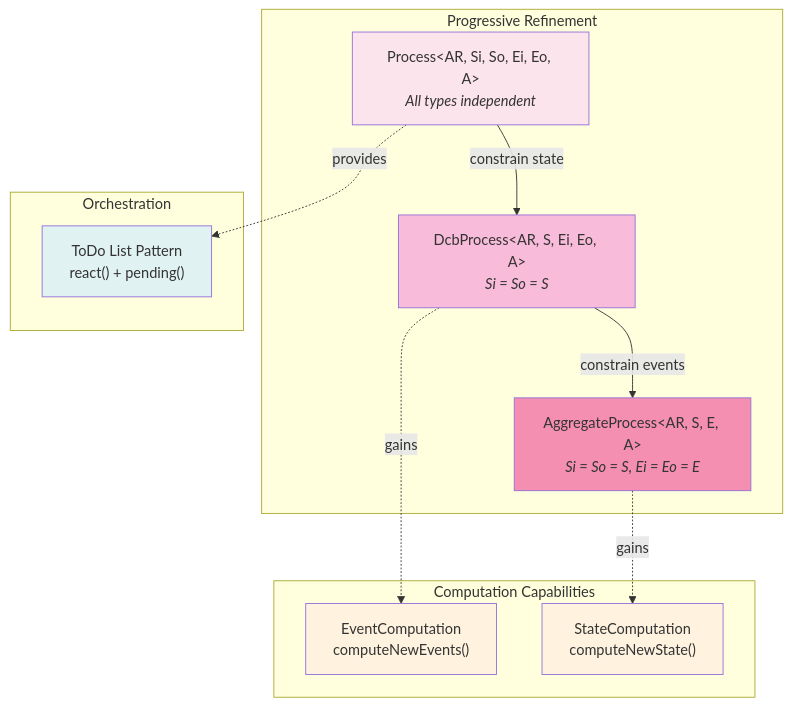
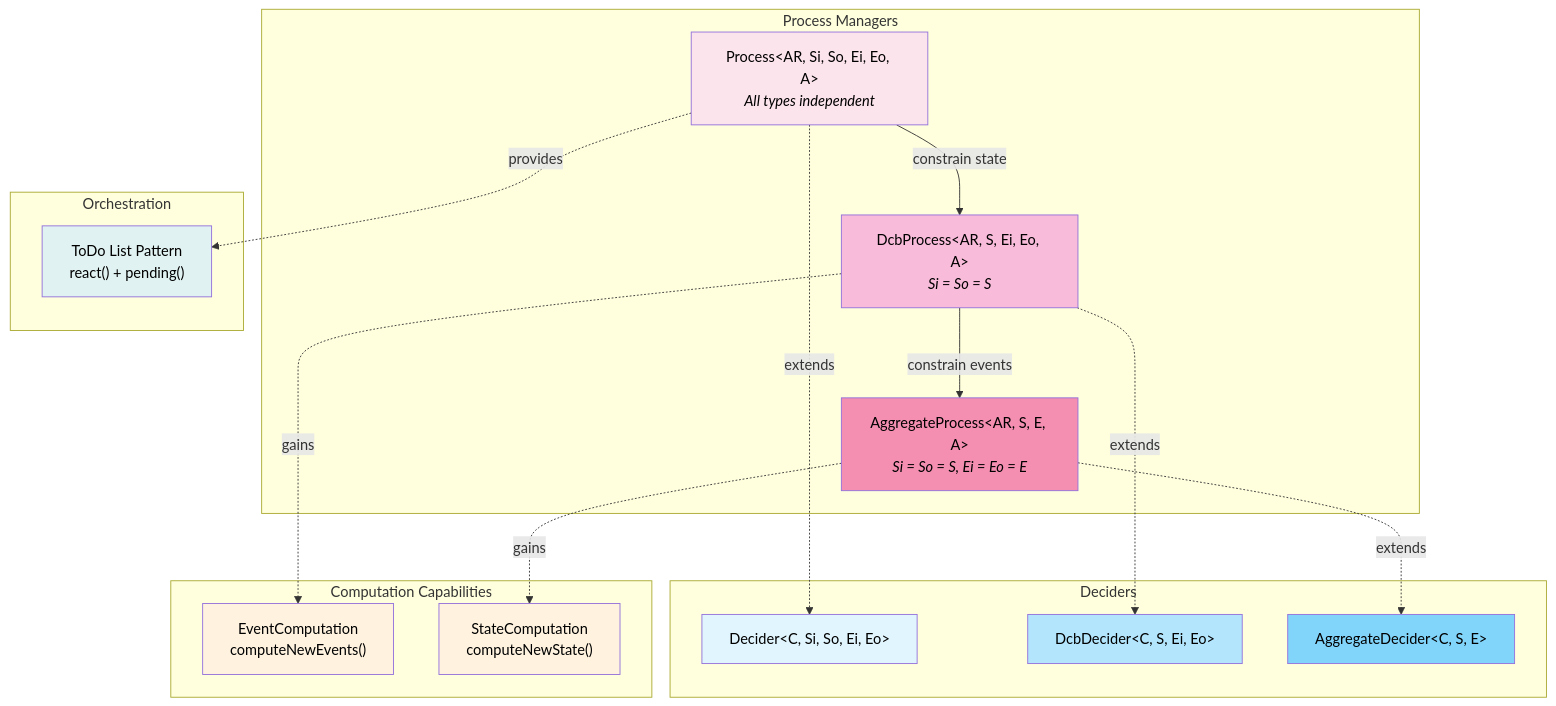
One commit to fraktalio/fmodel-decider changed the second of 4 diagrams in README.md. Above: the diagram before and after it, drawn with Mermaid. The commit also changed other lines of this file, not shown here.

````diff
--- a/README.md
+++ b/README.md
@@ -975,31 +963,43 @@
 ```mermaid
 graph TB
-    subgraph "Progressive Refinement"
+    subgraph "Deciders"
+        D["Decider&lt;C, Si, So, Ei, Eo&gt;"]
+        DCB["DcbDecider&lt;C, S, Ei, Eo&gt;"]
+        AGG["AggregateDecider&lt;C, S, E&gt;"]
+    end
+    
+    subgraph "Process Managers"
         PR["Process&lt;AR, Si, So, Ei, Eo, A&gt;<br/><i>All types independent</i>"]
         DCBP["DcbProcess&lt;AR, S, Ei, Eo, A&gt;<br/><i>Si = So = S</i>"]
         AGGP["AggregateProcess&lt;AR, S, E, A&gt;<br/><i>Si = So = S, Ei = Eo = E</i>"]
         
         PR -->|"constrain state"| DCBP
         DCBP -->|"constrain events"| AGGP
     end
     
     subgraph "Computation Capabilities"
         EC2["EventComputation<br/>computeNewEvents()"]
         SC2["StateComputation<br/>computeNewState()"]
     end
     
     subgraph "Orchestration"
         TODO["ToDo List Pattern<br/>react() + pending()"]
     end
     
+    PR -.->|"extends"| D
+    DCBP -.->|"extends"| DCB
+    AGGP -.->|"extends"| AGG
     PR -.->|"provides"| TODO
     DCBP -.->|"gains"| EC2
     AGGP -.->|"gains"| SC2
     
-    style PR fill:#fce4ec
-    style DCBP fill:#f8bbd9
-    style AGGP fill:#f48fb1
-    style EC2 fill:#fff3e0
-    style SC2 fill:#fff3e0
-    style TODO fill:#e0f2f1
+    style PR fill:#fce4ec,color:#000
+    style DCBP fill:#f8bbd9,color:#000
+    style AGGP fill:#f48fb1,color:#000
+    style D fill:#e1f5fe,color:#000
+    style DCB fill:#b3e5fc,color:#000
+    style AGG fill:#81d4fa,color:#000
+    style EC2 fill:#fff3e0,color:#000
+    style SC2 fill:#fff3e0,color:#000
+    style TODO fill:#e0f2f1,color:#000
 ```
````
